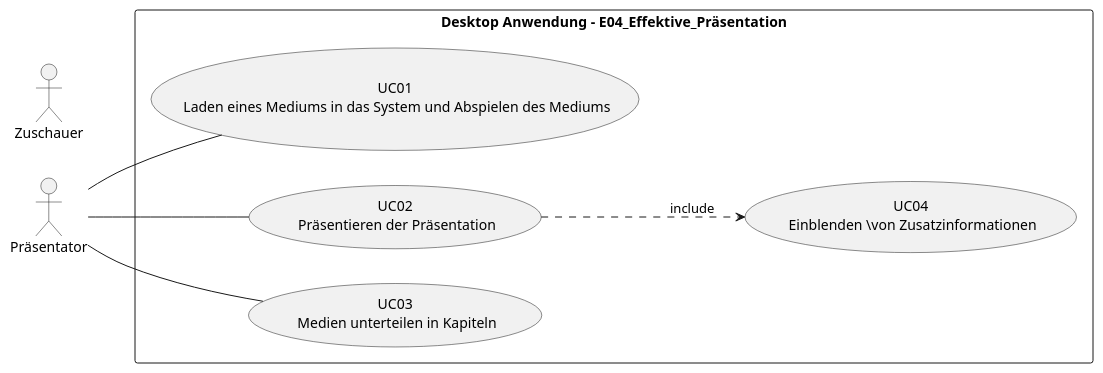
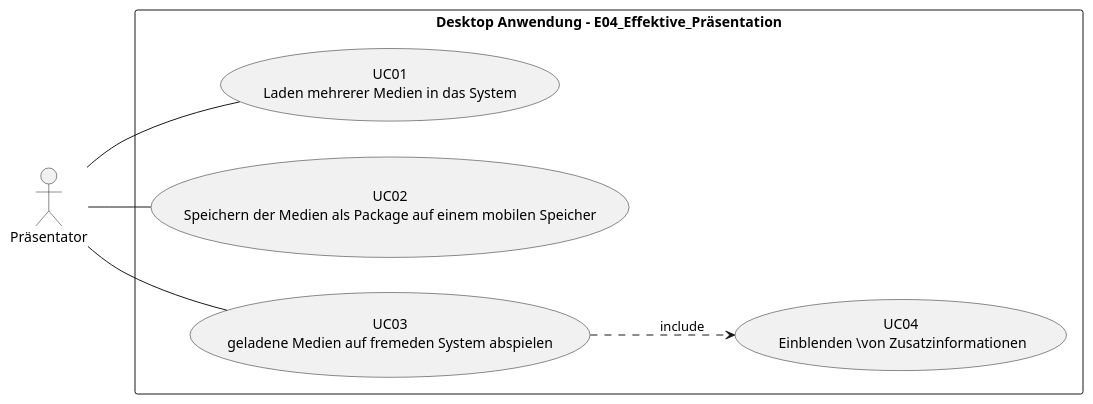
Before and after one commit to Dirkforthree/project04private: the diagram in docs/requirements/plantuml/use_case_diagram.puml, drawn with PlantUML. The commit also changed 5 other files, not shown here.

```diff
--- a/docs/requirements/plantuml/use_case_diagram.puml
+++ b/docs/requirements/plantuml/use_case_diagram.puml
@@ -1,28 +1,28 @@
 @startuml use_case_diagram
 left to right direction
 
 ' skin parameters for usecase with special stereotype
 skinparam usecase<<unspezifiziert>> {
   BackgroundColor #eee
   BorderColor #gray
   StereotypeFontColor #gray
   StereotypeFontSize 10
 }
 
 actor Präsentator
-actor Zuschauer
+
 
 rectangle "Desktop Anwendung - E04_Effektive_Präsentation" {
-  usecase "UC01\n Laden eines Mediums in das System und Abspielen des Mediums" as uc01 
-  usecase "UC02\n Präsentieren der Präsentation" as uc02
-  usecase "UC03\n Medien unterteilen in Kapiteln" as uc03
+  usecase "UC01\n Laden mehrerer Medien in das System " as uc01 
+  usecase "UC02\n Speichern der Medien als Package auf einem mobilen Speicher " as uc02
+  usecase "UC03\n geladene Medien auf fremeden System abspielen " as uc03
   usecase "UC04\n Einblenden \von Zusatzinformationen" as uc04
 
 }
 
 Präsentator -- uc01
 Präsentator -- uc02
 Präsentator -- uc03
-uc02 .down.> uc04 : include
+uc03 .down.> uc04 : include
 
 @enduml
```
